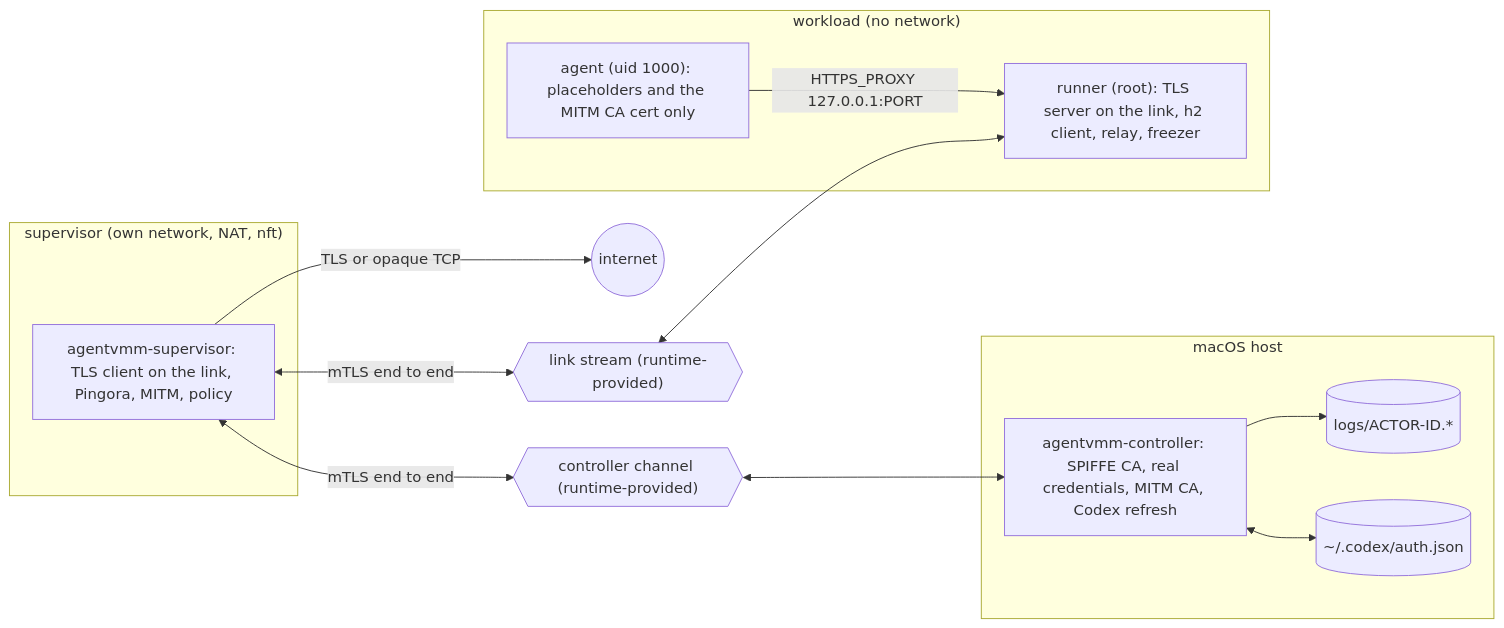
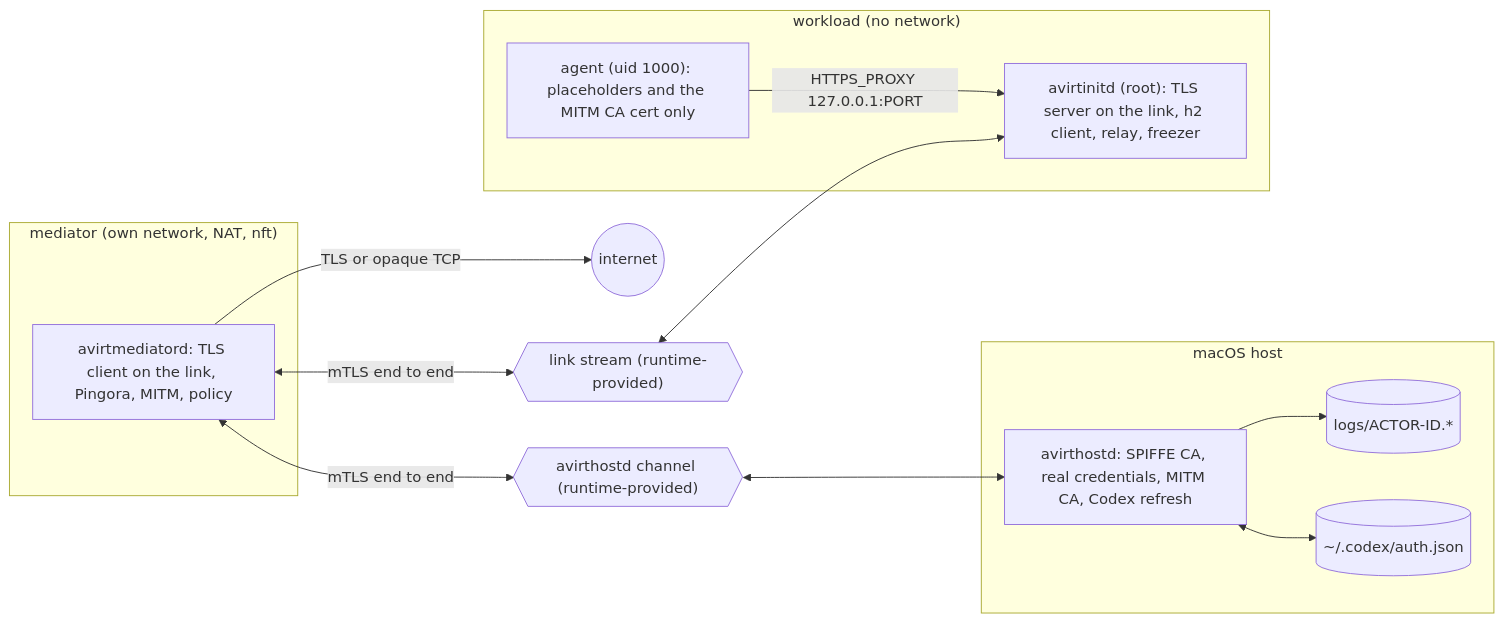
Before and after one commit to tbhb-dev/avirt: the second of 2 diagrams in docs/architecture.md, drawn with Mermaid. The commit also changed other lines of this file and 94 other files, not shown here.

````diff
--- a/docs/architecture.md
+++ b/docs/architecture.md
@@ -60,25 +62,25 @@
 ```mermaid
 flowchart LR
     subgraph host["macOS host"]
-        ctl["agentvmm-controller: SPIFFE CA, real credentials, MITM CA, Codex refresh"]
+        hostd["avirthostd: SPIFFE CA, real credentials, MITM CA, Codex refresh"]
         logs[("logs/ACTOR-ID.*")]
         hostauth[("~/.codex/auth.json")]
-        ctl --> logs
-        ctl <--> hostauth
+        hostd --> logs
+        hostd <--> hostauth
     end
-    subgraph supvm["supervisor (own network, NAT, nft)"]
-        sup["agentvmm-supervisor: TLS client on the link, Pingora, MITM, policy"]
+    subgraph medvm["mediator (own network, NAT, nft)"]
+        med["avirtmediatord: TLS client on the link, Pingora, MITM, policy"]
     end
     subgraph wl["workload (no network)"]
-        runner["runner (root): TLS server on the link, h2 client, relay, freezer"]
+        avirtinitd["avirtinitd (root): TLS server on the link, h2 client, relay, freezer"]
         agent["agent (uid 1000): placeholders and the MITM CA cert only"]
-        agent -->|"HTTPS_PROXY 127.0.0.1:PORT"| runner
+        agent -->|"HTTPS_PROXY 127.0.0.1:PORT"| avirtinitd
     end
     link{{"link stream (runtime-provided)"}}
-    cchan{{"controller channel (runtime-provided)"}}
-    sup <-->|"mTLS end to end"| link
-    link <--> runner
-    sup <-->|"mTLS end to end"| cchan
-    cchan <--> ctl
-    sup -->|"TLS or opaque TCP"| upstream(("internet"))
+    cchan{{"avirthostd channel (runtime-provided)"}}
+    med <-->|"mTLS end to end"| link
+    link <--> avirtinitd
+    med <-->|"mTLS end to end"| cchan
+    cchan <--> hostd
+    med -->|"TLS or opaque TCP"| upstream(("internet"))
 ```
````
